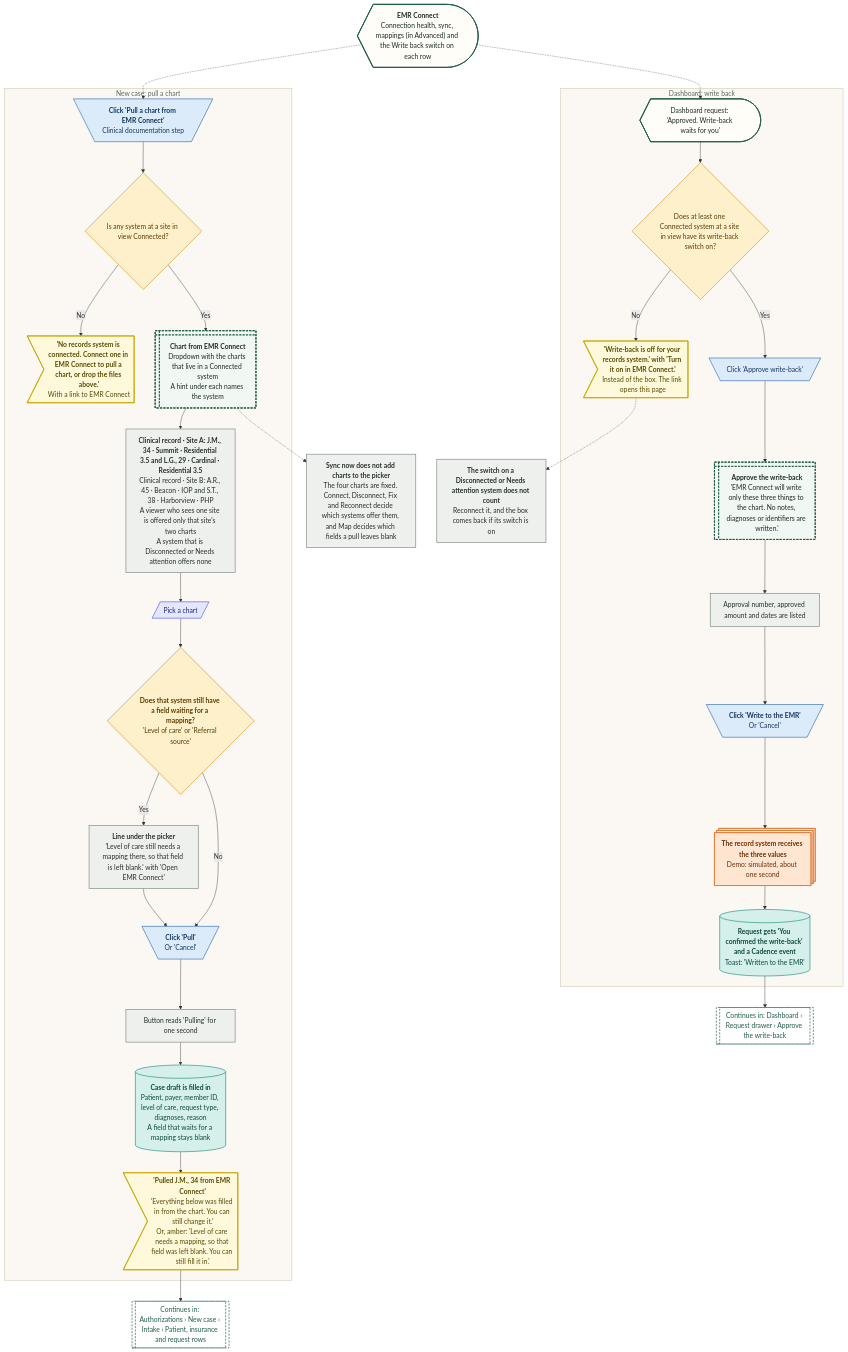
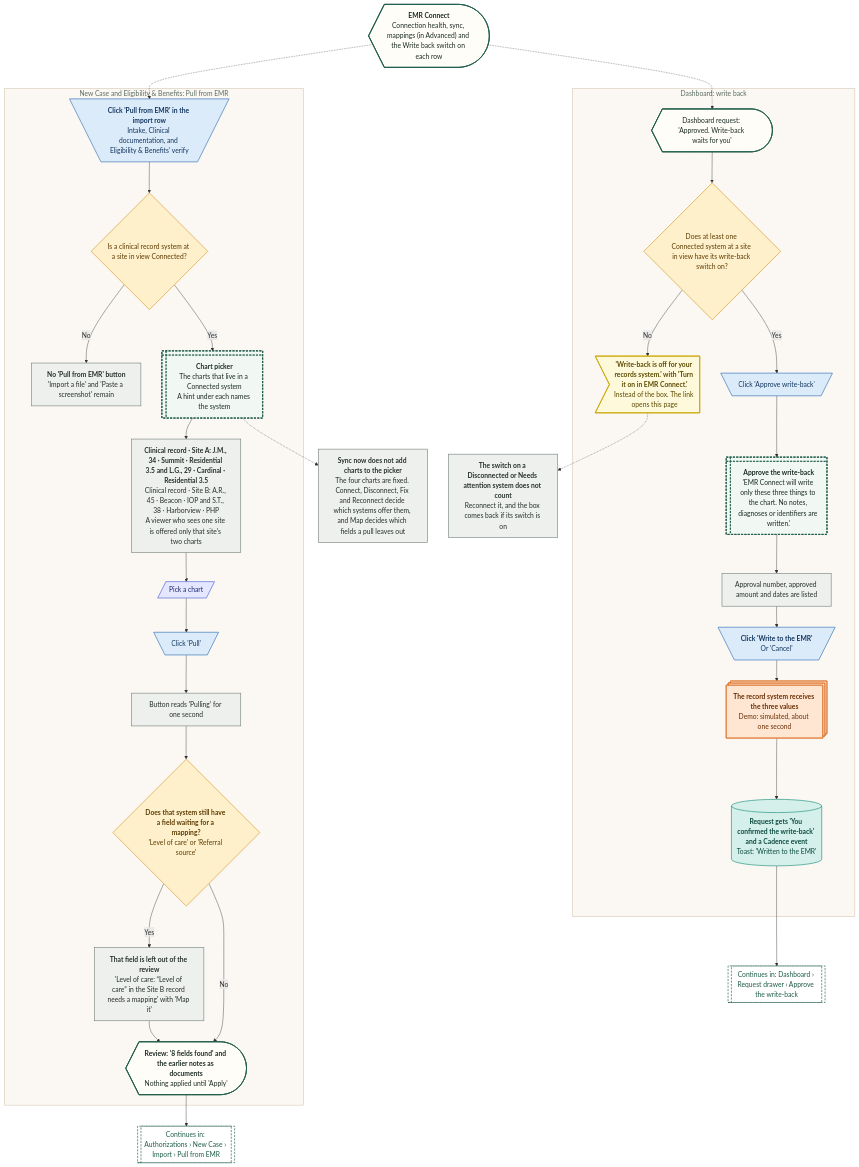
One commit to Shrav143/psyfloapp changed diagram 13 of 22 in demos/prior-auth-demo/workflows/out/md/09-emr-connect.md. Above: the diagram before and after it, drawn with Mermaid. The commit also changed other lines of this file and 202 other files, not shown here.

First line of the commit message:
docs: round 6 README, CONVENTIONS, spec section 17, diagram module blurbs and 336 rebuilt diagrams

````diff
--- a/demos/prior-auth-demo/workflows/out/md/09-emr-connect.md
+++ b/demos/prior-auth-demo/workflows/out/md/09-emr-connect.md
@@ -985,75 +985,74 @@
 ```mermaid
 %%{init: {"theme":"base","themeVariables":{"fontFamily":"'DM Sans', 'Segoe UI', system-ui, sans-serif","fontSize":"15px","lineColor":"#5B6B63","primaryTextColor":"#1C2B25","clusterBkg":"#FBF8F3","clusterBorder":"#D9CDBB","edgeLabelBackground":"#FFFFFF"},"flowchart":{"curve":"basis","nodeSpacing":36,"rankSpacing":48,"padding":12,"htmlLabels":true,"useMaxWidth":false,"wrappingWidth":230}} }%%
 flowchart TD
   classDef k_start fill:#1F5C4B,stroke:#174638,color:#FFFFFF,stroke-width:1.5px,font-weight:600
   classDef k_end fill:#DDEFE3,stroke:#2E7D4F,color:#14502F,stroke-width:1.5px,font-weight:600
   classDef k_endx fill:#FBE3E0,stroke:#C0392B,color:#7A1F16,stroke-width:1.5px,font-weight:600
   classDef k_screen fill:#FFFDF8,stroke:#1F5C4B,color:#1C2B25,stroke-width:2px
   classDef k_overlay fill:#F1F7F3,stroke:#1F5C4B,color:#1C2B25,stroke-width:2px,stroke-dasharray:5 3
   classDef k_click fill:#DCEBFA,stroke:#2F6DB5,color:#12365F,stroke-width:1.5px
   classDef k_input fill:#E4E7FF,stroke:#4C5FD5,color:#1D2670,stroke-width:1.5px
   classDef k_process fill:#EEF0EE,stroke:#7A857F,color:#26302B,stroke-width:1.5px
   classDef k_agent fill:#EEE5FA,stroke:#7A4FC2,color:#341A63,stroke-width:1.5px
   classDef k_decision fill:#FFF0CC,stroke:#D9962B,color:#5C3B00,stroke-width:1.5px
   classDef k_store fill:#D5F0EA,stroke:#1C8E7B,color:#0B4A3F,stroke-width:1.5px
   classDef k_doc fill:#F6E9DC,stroke:#B07A4C,color:#4A2E14,stroke-width:1.5px
   classDef k_ext fill:#FFE6D2,stroke:#E07B39,color:#6B2F06,stroke-width:1.5px
   classDef k_wait fill:#E4E8EE,stroke:#6B7C93,color:#26303D,stroke-width:1.5px
   classDef k_toast fill:#FFF9DB,stroke:#C9A400,color:#5A4A00,stroke-width:1.5px
   classDef k_goto fill:#FFFFFF,stroke:#1F5C4B,color:#1F5C4B,stroke-width:1.5px,stroke-dasharray:5 3
   p1@{ shape: curv-trap, label: "<b>EMR Connect</b><br/>Connection health, sync, mappings (in Advanced) and the Write back switch on each row" }
-  subgraph gPull ["New case: pull a chart"]
-  a1@{ shape: trap-t, label: "<b>Click 'Pull a chart from EMR Connect'</b><br/>Clinical documentation step" }
-  a0@{ shape: diam, label: "Is any system at a site in view Connected?" }
-  a8@{ shape: odd, label: "<b>'No records system is connected. Connect one in EMR Connect to pull a chart, or drop the files above.'</b><br/>With a link to EMR Connect" }
-  a2@{ shape: win-pane, label: "<b>Chart from EMR Connect</b><br/>Dropdown with the charts that live in a Connected system<br/>A hint under each names the system" }
-  a2b@{ shape: rect, label: "<b>Clinical record · Site A: J.M., 34 · Summit · Residential 3.5 and L.G., 29 · Cardinal · Residential 3.5</b><br/>Clinical record · Site B: A.R., 45 · Beacon · IOP and S.T., 38 · Harborview · PHP<br/>A viewer who sees one site is offered only that site's two charts<br/>A system that is Disconnected or Needs attention offers none" }
+  subgraph gPull ["New Case and Eligibility & Benefits: Pull from EMR"]
+  a1@{ shape: trap-t, label: "<b>Click 'Pull from EMR' in the import row</b><br/>Intake, Clinical documentation, and Eligibility & Benefits' verify" }
+  a0@{ shape: diam, label: "Is a clinical record system at a site in view Connected?" }
+  a8@{ shape: rect, label: "<b>No 'Pull from EMR' button</b><br/>'Import a file' and 'Paste a screenshot' remain" }
+  a2@{ shape: win-pane, label: "<b>Chart picker</b><br/>The charts that live in a Connected system<br/>A hint under each names the system" }
+  a2b@{ shape: rect, label: "<b>Clinical record · Site A: J.M., 34 · Summit · Residential 3.5 and L.G., 29 · Cardinal · Residential 3.5</b><br/>Clinical record · Site B: A.R., 45 · Beacon · IOP and S.T., 38 · Harborview · PHP<br/>A viewer who sees one site is offered only that site's two charts" }
   a3@{ shape: lean-r, label: "Pick a chart" }
+  a4@{ shape: trap-t, label: "Click 'Pull'" }
+  a5@{ shape: rect, label: "Button reads 'Pulling' for one second" }
   a9@{ shape: diam, label: "<b>Does that system still have a field waiting for a mapping?</b><br/>'Level of care' or 'Referral source'" }
-  a10@{ shape: rect, label: "<b>Line under the picker</b><br/>'Level of care still needs a mapping there, so that field is left blank.' with 'Open EMR Connect'" }
-  a4@{ shape: trap-t, label: "<b>Click 'Pull'</b><br/>Or 'Cancel'" }
-  a5@{ shape: rect, label: "Button reads 'Pulling' for one second" }
-  a6@{ shape: cyl, label: "<b>Case draft is filled in</b><br/>Patient, payer, member ID, level of care, request type, diagnoses, reason<br/>A field that waits for a mapping stays blank" }
-  a7@{ shape: odd, label: "<b>'Pulled J.M., 34 from EMR Connect'</b><br/>'Everything below was filled in from the chart. You can still change it.'<br/>Or, amber: 'Level of care needs a mapping, so that field was left blank. You can still fill it in.'" }
+  a10@{ shape: rect, label: "<b>That field is left out of the review</b><br/>'Level of care: “Level of care” in the Site B record needs a mapping' with 'Map it'" }
+  a6@{ shape: curv-trap, label: "<b>Review: '8 fields found' and the earlier notes as documents</b><br/>Nothing applied until 'Apply'" }
   end
-  n1@{ shape: rect, label: "<b>Sync now does not add charts to the picker</b><br/>The four charts are fixed. Connect, Disconnect, Fix and Reconnect decide which systems offer them, and Map decides which fields a pull leaves blank" }
-  g1@{ shape: subproc, label: "Continues in: Authorizations › New case › Intake › Patient, insurance and request rows" }
+  n1@{ shape: rect, label: "<b>Sync now does not add charts to the picker</b><br/>The four charts are fixed. Connect, Disconnect, Fix and Reconnect decide which systems offer them, and Map decides which fields a pull leaves out" }
+  g1@{ shape: subproc, label: "Continues in: Authorizations › New Case › Import › Pull from EMR" }
   subgraph gWrite ["Dashboard: write back"]
   b1@{ shape: curv-trap, label: "Dashboard request: 'Approved. Write-back waits for you'" }
   b0@{ shape: diam, label: "Does at least one Connected system at a site in view have its write-back switch on?" }
   b8@{ shape: odd, label: "<b>'Write-back is off for your records system.' with 'Turn it on in EMR Connect.'</b><br/>Instead of the box. The link opens this page" }
   b2@{ shape: trap-t, label: "Click 'Approve write-back'" }
   b3@{ shape: win-pane, label: "<b>Approve the write-back</b><br/>'EMR Connect will write only these three things to the chart. No notes, diagnoses or identifiers are written.'" }
   b4@{ shape: rect, label: "Approval number, approved amount and dates are listed" }
   b5@{ shape: trap-t, label: "<b>Click 'Write to the EMR'</b><br/>Or 'Cancel'" }
   b6@{ shape: st-rect, label: "<b>The record system receives the three values</b><br/>Demo: simulated, about one second" }
   b7@{ shape: cyl, label: "<b>Request gets 'You confirmed the write-back' and a Cadence event</b><br/>Toast: 'Written to the EMR'" }
   end
   n2@{ shape: rect, label: "<b>The switch on a Disconnected or Needs attention system does not count</b><br/>Reconnect it, and the box comes back if its switch is on" }
   g2@{ shape: subproc, label: "Continues in: Dashboard › Request drawer › Approve the write-back" }
   p1 -.-> a1
   a1 --> a0
   a0 -->|"No"| a8
-  a0 -->|"Yes"| a2 --> a2b --> a3 --> a9
-  a9 -->|"Yes"| a10 --> a4
-  a9 -->|"No"| a4
-  a4 --> a5 --> a6 --> a7 --> g1
+  a0 -->|"Yes"| a2 --> a2b --> a3 --> a4 --> a5 --> a9
+  a9 -->|"Yes"| a10 --> a6
+  a9 -->|"No"| a6
+  a6 --> g1
   a2 -.-> n1
   p1 -.-> b1
   b1 --> b0
   b0 -->|"No"| b8
   b0 -->|"Yes"| b2 --> b3 --> b4 --> b5 --> b6 --> b7 --> g2
   b8 -.-> n2
-  class p1,b1 k_screen
+  class p1,a6,b1 k_screen
   class a1,a4,b2,b5 k_click
   class a0,a9,b0 k_decision
-  class a8,a7,b8 k_toast
+  class a8,a2b,a5,a10,n1,b4,n2 k_process
   class a2,b3 k_overlay
-  class a2b,a10,a5,n1,b4,n2 k_process
   class a3 k_input
-  class a6,b7 k_store
   class g1,g2 k_goto
+  class b8 k_toast
   class b6 k_ext
+  class b7 k_store
   style gPull fill:#FBF8F3,stroke:#D9CDBB,stroke-width:1.5px,color:#5B6B63
   style gWrite fill:#FBF8F3,stroke:#D9CDBB,stroke-width:1.5px,color:#5B6B63
 ```
````
